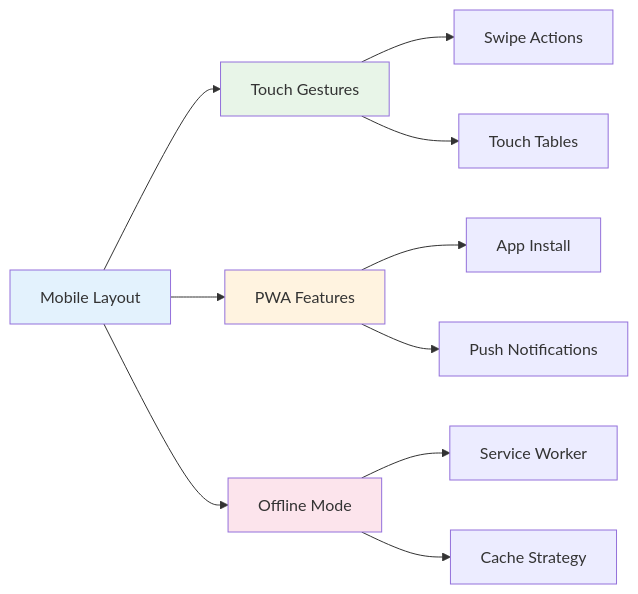
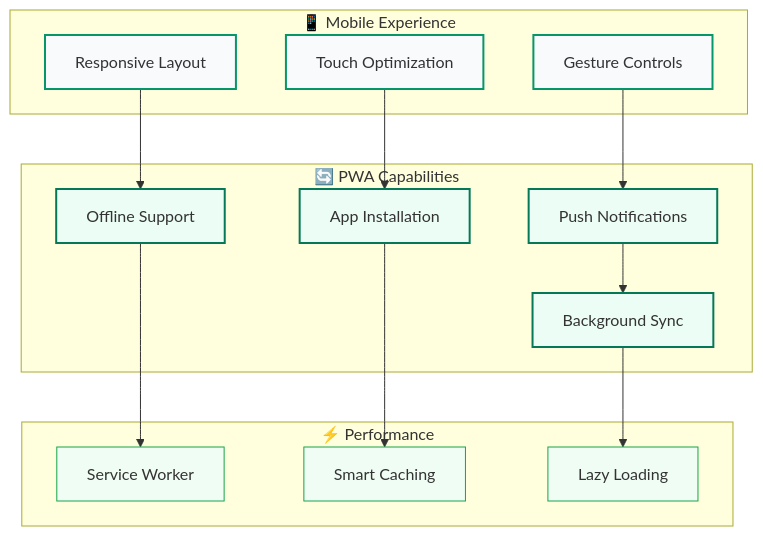
Before and after one commit to abdoElHodaky/larvaccountplatfo: the third of 6 diagrams in README.md, drawn with Mermaid. The commit also changed other lines of this file and 2 other files, not shown here.

````diff
--- a/README.md
+++ b/README.md
@@ -119,20 +151,40 @@
 ```mermaid
-graph LR
-    A[Mobile Layout] --> B[Touch Gestures]
-    A --> C[PWA Features]
-    A --> D[Offline Mode]
+graph TB
+    subgraph "📱 Mobile Experience"
+        A[Responsive Layout]
+        B[Touch Optimization]
+        C[Gesture Controls]
+    end
     
-    B --> E[Swipe Actions]
-    B --> F[Touch Tables]
+    subgraph "🔄 PWA Capabilities"
+        D[Offline Support]
+        E[App Installation]
+        F[Push Notifications]
+        G[Background Sync]
+    end
     
-    C --> G[App Install]
-    C --> H[Push Notifications]
+    subgraph "⚡ Performance"
+        H[Service Worker]
+        I[Smart Caching]
+        J[Lazy Loading]
+    end
     
-    D --> I[Service Worker]
-    D --> J[Cache Strategy]
+    A --> D
+    B --> E
+    C --> F
+    D --> H
+    E --> I
+    F --> G
+    G --> J
     
-    style A fill:#e3f2fd
-    style B fill:#e8f5e8
-    style C fill:#fff3e0
-    style D fill:#fce4ec
+    style A fill:#f8fafc,stroke:#059669,stroke-width:2px
+    style B fill:#f8fafc,stroke:#059669,stroke-width:2px
+    style C fill:#f8fafc,stroke:#059669,stroke-width:2px
+    style D fill:#ecfdf5,stroke:#047857,stroke-width:2px
+    style E fill:#ecfdf5,stroke:#047857,stroke-width:2px
+    style F fill:#ecfdf5,stroke:#047857,stroke-width:2px
+    style G fill:#ecfdf5,stroke:#047857,stroke-width:2px
+    style H fill:#f0fdf4,stroke:#16a34a,stroke-width:1px
+    style I fill:#f0fdf4,stroke:#16a34a,stroke-width:1px
+    style J fill:#f0fdf4,stroke:#16a34a,stroke-width:1px
 ```
````
